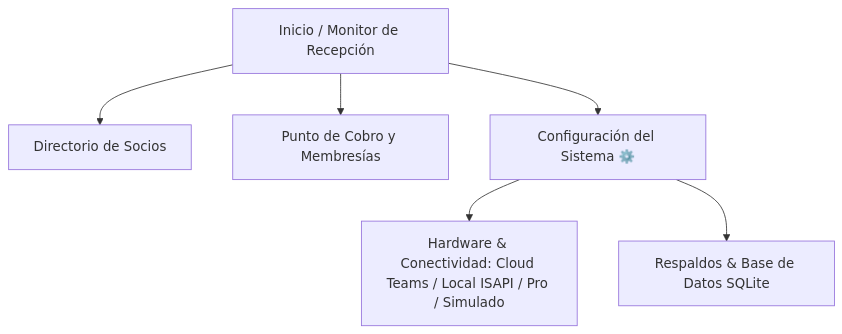
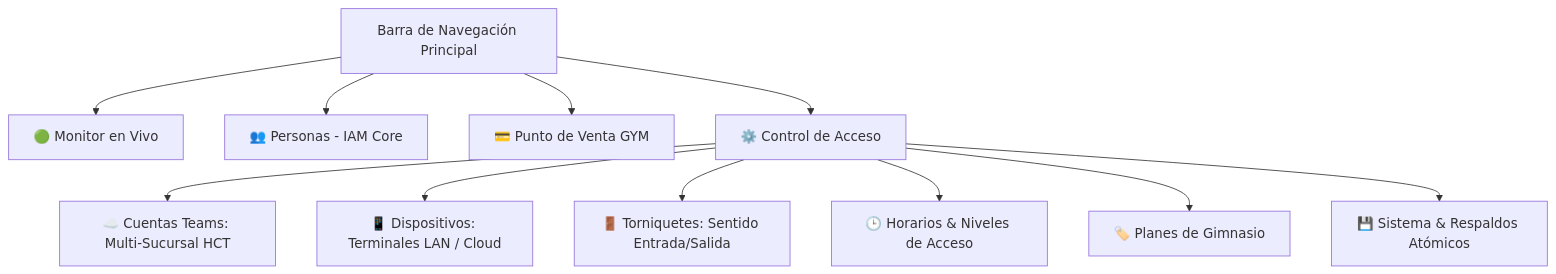
Before and after one commit to Walexa84/gymaccess-pro: the diagram in USER_GUIDE.md, drawn with Mermaid. The commit also changed other lines of this file and 59 other files, not shown here.

Commit message:
feat(v0.5): release 0.5 - IAM centralizado, control de acceso autonomo Hikvision, sincronizacion individual Teams y punto de venta

````diff
--- a/USER_GUIDE.md
+++ b/USER_GUIDE.md
@@ -22,8 +24,14 @@
 ```mermaid
 graph TD
-    A[Inicio / Monitor de Recepción] --> B[Directorio de Socios]
-    A --> C[Punto de Cobro y Membresías]
-    A --> D[Configuración del Sistema ⚙️]
-    D --> D1[Hardware & Conectividad: Cloud Teams / Local ISAPI / Pro / Simulado]
-    D --> D2[Respaldos & Base de Datos SQLite]
+    Nav[Barra de Navegación Principal] --> M1[🟢 Monitor en Vivo]
+    Nav --> M2[👥 Personas - IAM Core]
+    Nav --> M3[💳 Punto de Venta GYM]
+    Nav --> M4[⚙️ Control de Acceso]
+    
+    M4 --> S1[☁️ Cuentas Teams: Multi-Sucursal HCT]
+    M4 --> S2[📱 Dispositivos: Terminales LAN / Cloud]
+    M4 --> S3[🚪 Torniquetes: Sentido Entrada/Salida]
+    M4 --> S4[🕒 Horarios & Niveles de Acceso]
+    M4 --> S5[🏷️ Planes de Gimnasio]
+    M4 --> S6[💾 Sistema & Respaldos Atómicos]
 ```
````
